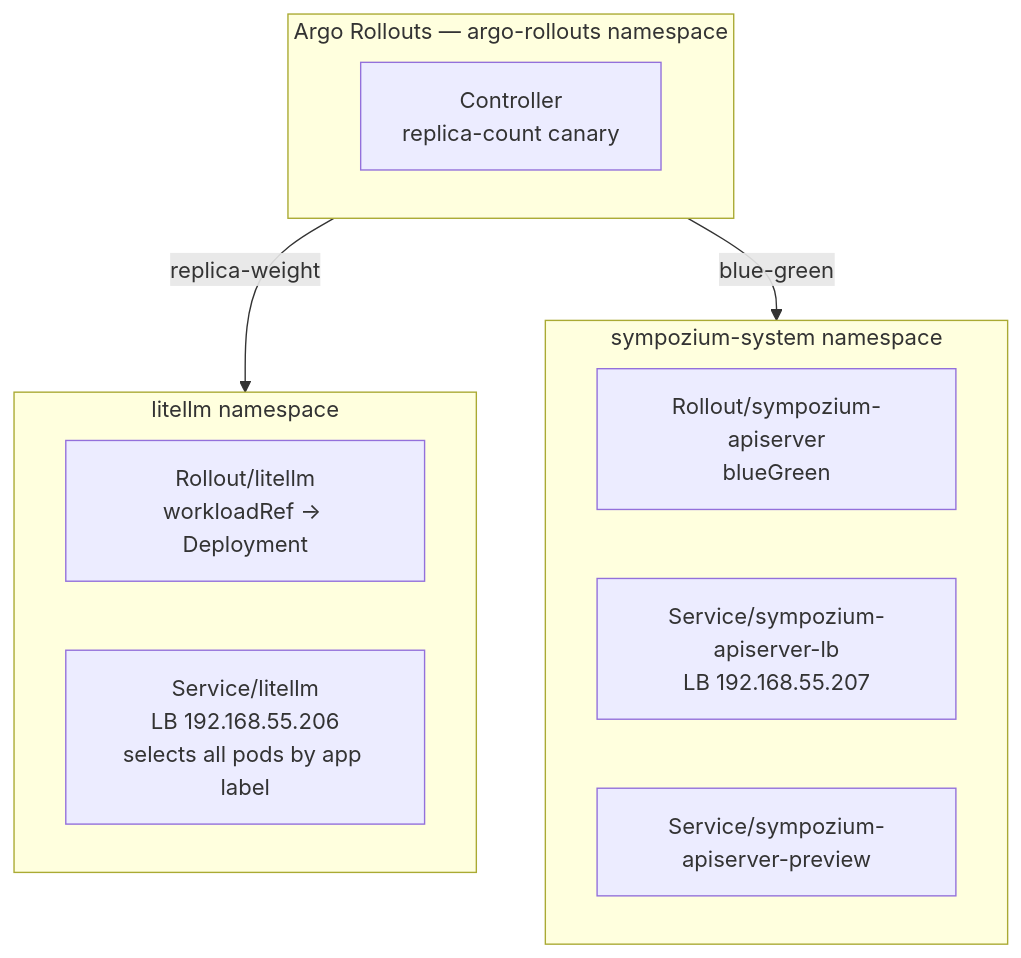
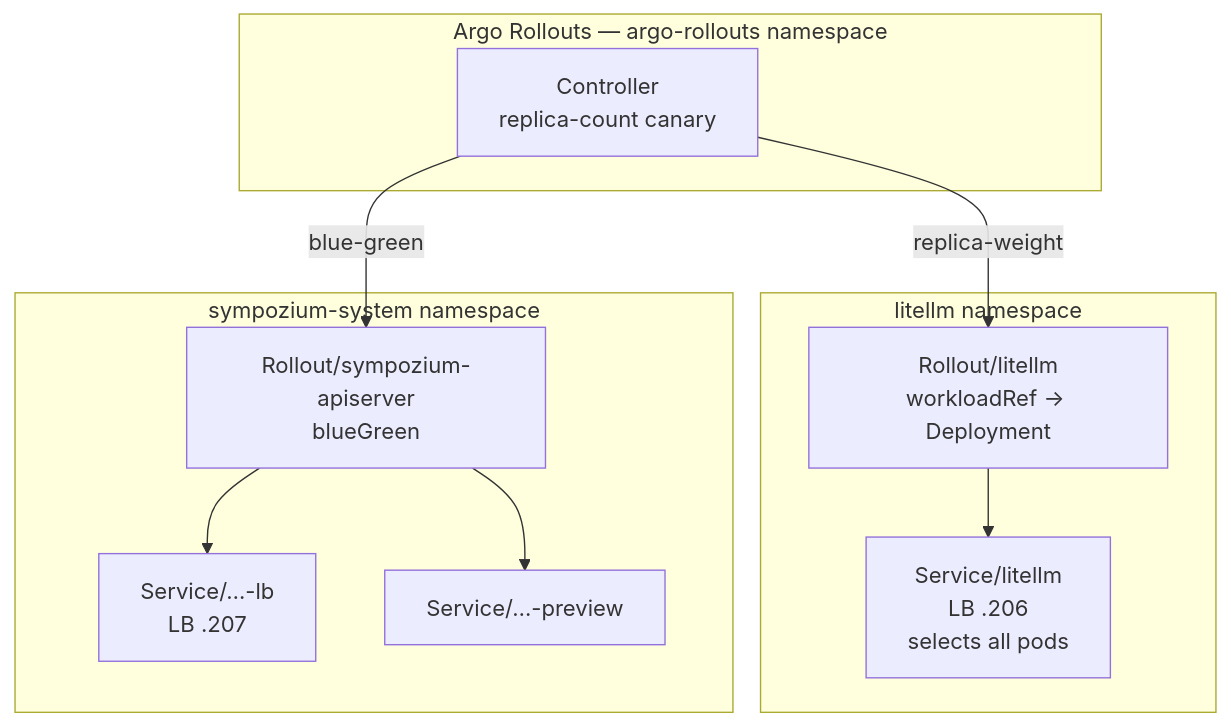
Before and after one commit to derio-net/frank: the second of 2 diagrams in blog/content/docs/building/19-progressive-delivery/index.md, drawn with Mermaid. The commit also changed other lines of this file and 52 other files, not shown here.

````diff
--- a/blog/content/docs/building/19-progressive-delivery/index.md
+++ b/blog/content/docs/building/19-progressive-delivery/index.md
@@ -44,18 +46,21 @@
 ```mermaid
 flowchart TD
   subgraph ArgoRollouts[Argo Rollouts — argo-rollouts namespace]
     Controller[Controller<br/>replica-count canary]
   end
   subgraph LiteLLMNS[litellm namespace]
     ROL[Rollout/litellm<br/>workloadRef → Deployment]
-    StableSVC[Service/litellm<br/>LB 192.168.55.206<br/>selects all pods by app label]
+    StableSVC[Service/litellm<br/>LB .206<br/>selects all pods]
   end
   subgraph SympoziumNS[sympozium-system namespace]
     ROSS[Rollout/sympozium-apiserver<br/>blueGreen]
-    ActiveSVC[Service/sympozium-apiserver-lb<br/>LB 192.168.55.207]
-    PreviewSVC[Service/sympozium-apiserver-preview]
+    ActiveSVC[Service/…-lb<br/>LB .207]
+    PreviewSVC[Service/…-preview]
   end
 
-  ArgoRollouts -->|replica-weight| LiteLLMNS
-  ArgoRollouts -->|blue-green| SympoziumNS
+  Controller -->|replica-weight| ROL
+  Controller -->|blue-green| ROSS
+  ROL --> StableSVC
+  ROSS --> ActiveSVC
+  ROSS --> PreviewSVC
 ```
````
